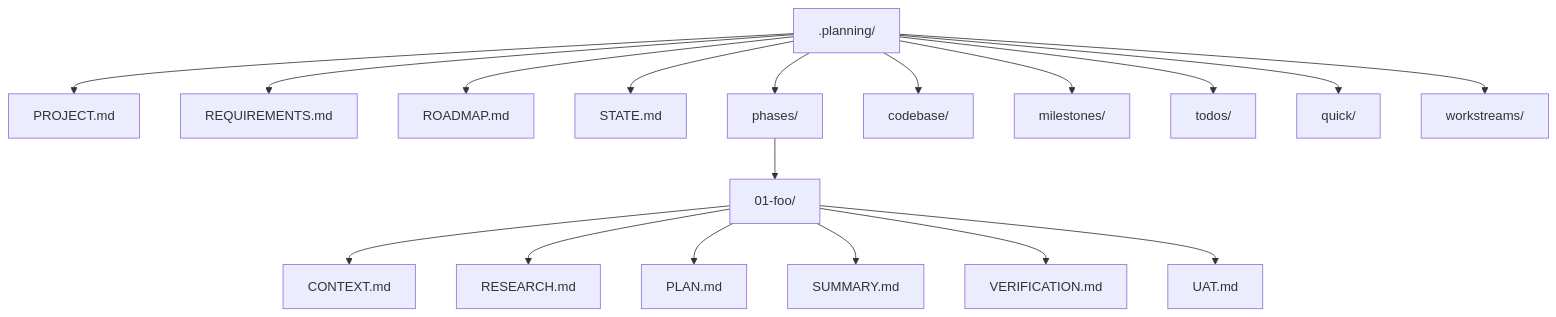
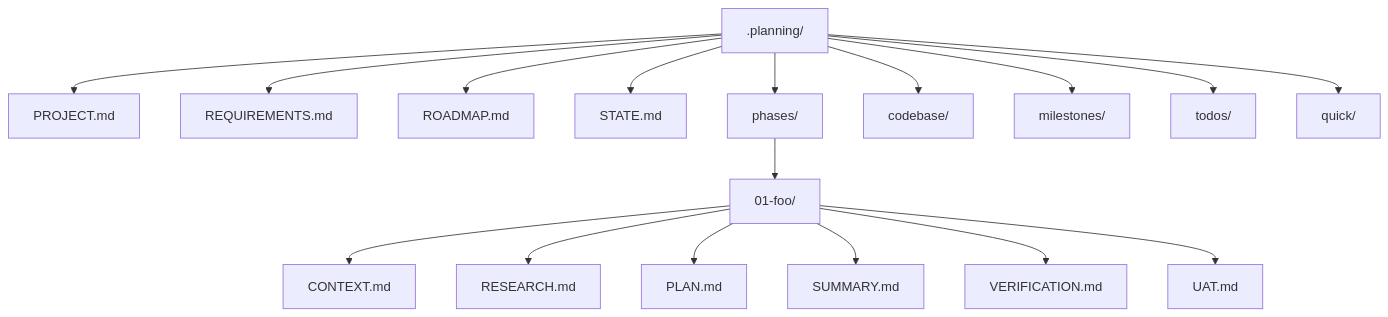
Before and after one commit to Wynne-cwb/gsd-remix: the first of 4 diagrams in guide/08-planning-as-external-memory.md, drawn with Mermaid. The commit also changed other lines of this file and 71 other files, not shown here.

````diff
--- a/guide/08-planning-as-external-memory.md
+++ b/guide/08-planning-as-external-memory.md
@@ -54,21 +54,20 @@
 ```mermaid
 flowchart TD
     A[".planning/"] --> B["PROJECT.md"]
     A --> C["REQUIREMENTS.md"]
     A --> D["ROADMAP.md"]
     A --> E["STATE.md"]
     A --> F["phases/"]
     A --> G["codebase/"]
     A --> H["milestones/"]
     A --> I["todos/"]
     A --> J["quick/"]
-    A --> K["workstreams/"]
 
     F --> F1["01-foo/"]
     F1 --> F2["CONTEXT.md"]
     F1 --> F3["RESEARCH.md"]
     F1 --> F4["PLAN.md"]
     F1 --> F5["SUMMARY.md"]
     F1 --> F6["VERIFICATION.md"]
     F1 --> F7["UAT.md"]
 ```
````
